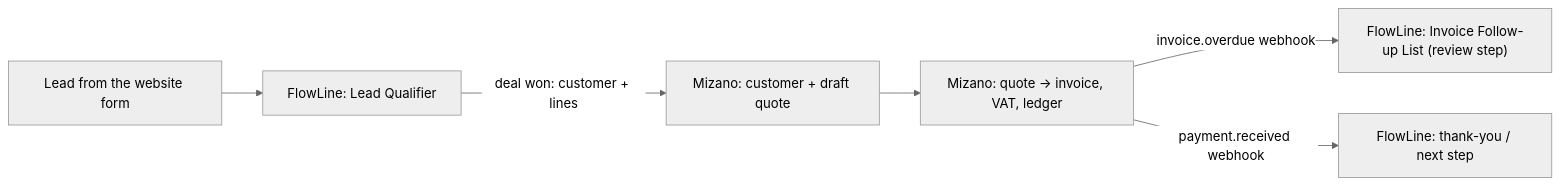
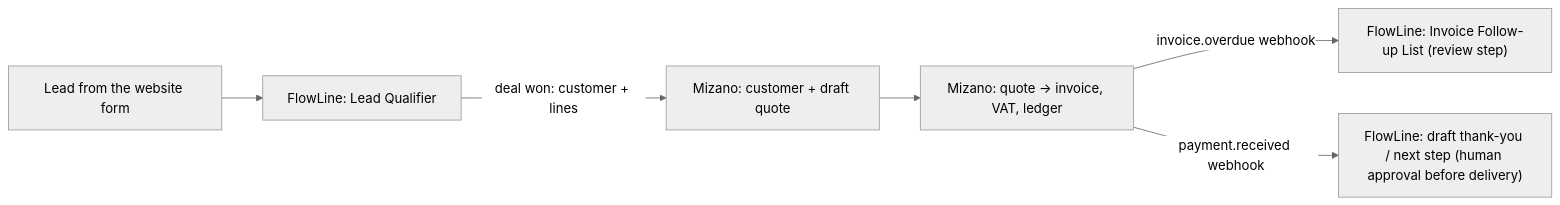
One commit to AbdelrhmanAh7/Mizano changed the diagram in docs/vision.md. Above: the diagram before and after it, drawn with Mermaid (neutral theme). The commit also changed other lines of this file, not shown here.

First line of the commit message:
docs: state approval gates, api scope and money rules in vision

````diff
--- a/docs/vision.md
+++ b/docs/vision.md
@@ -29,8 +29,8 @@
 ```mermaid
 flowchart LR
   L["Lead from the website form"] --> Q["FlowLine: Lead Qualifier"]
   Q -->|"deal won: customer + lines"| C["Mizano: customer + draft quote"]
   C --> I["Mizano: quote → invoice, VAT, ledger"]
   I -->|"invoice.overdue webhook"| F["FlowLine: Invoice Follow-up List (review step)"]
-  I -->|"payment.received webhook"| T["FlowLine: thank-you / next step"]
+  I -->|"payment.received webhook"| T["FlowLine: draft thank-you / next step (human approval before delivery)"]
 ```
````
